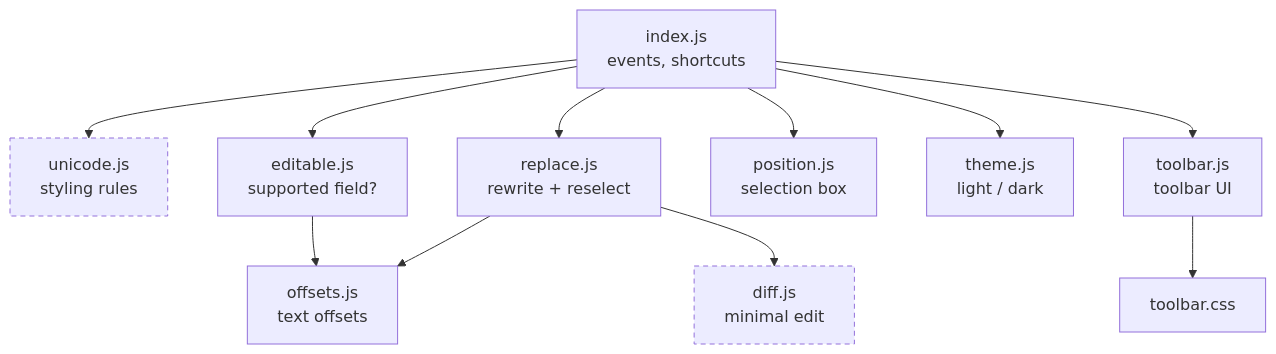
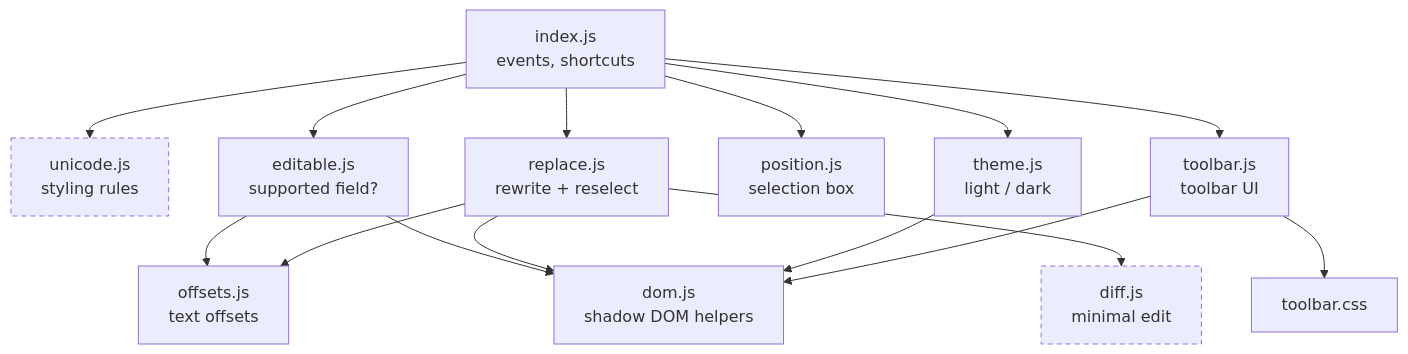
One commit to napolux/linkedin-fonts changed the first of 5 diagrams in DOCS/architecture.md. Above: the diagram before and after it, drawn with Mermaid. The commit also changed other lines of this file and 10 other files, not shown here.

First line of the commit message:
Fix toolbar and shortcuts in Chrome for editors inside shadow DOM

````diff
--- a/DOCS/architecture.md
+++ b/DOCS/architecture.md
@@ -11,17 +11,19 @@
 ```mermaid
 flowchart TD
     index["index.js<br/>events, shortcuts"]
     index --> unicode["unicode.js<br/>styling rules"]
     index --> editable["editable.js<br/>supported field?"]
     index --> replace["replace.js<br/>rewrite + reselect"]
     index --> position["position.js<br/>selection box"]
     index --> theme["theme.js<br/>light / dark"]
     index --> toolbar["toolbar.js<br/>toolbar UI"]
     editable --> offsets["offsets.js<br/>text offsets"]
     replace --> offsets
     replace --> diff["diff.js<br/>minimal edit"]
     toolbar --> css["toolbar.css"]
+    dom["dom.js<br/>shadow DOM helpers"]
+    editable & replace & theme & toolbar --> dom
 
     classDef pure stroke-dasharray: 5 4
     class unicode,diff pure
 ```
````
